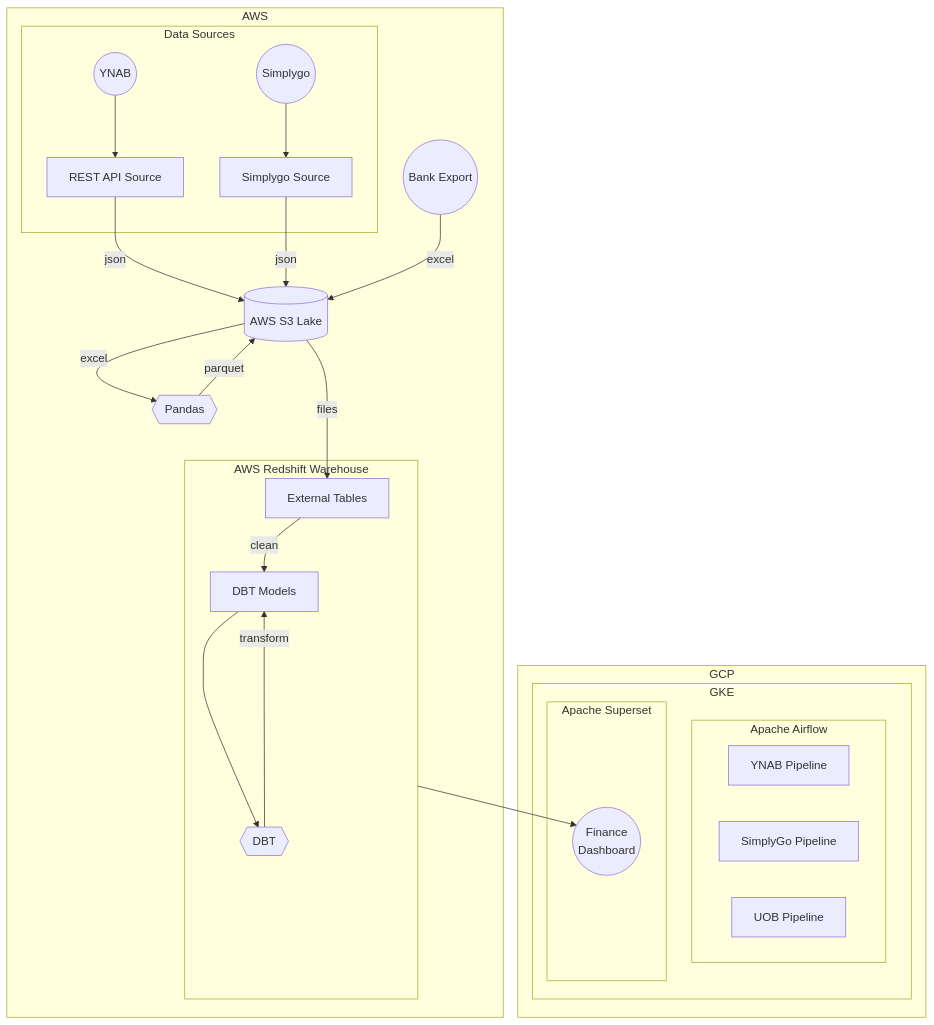
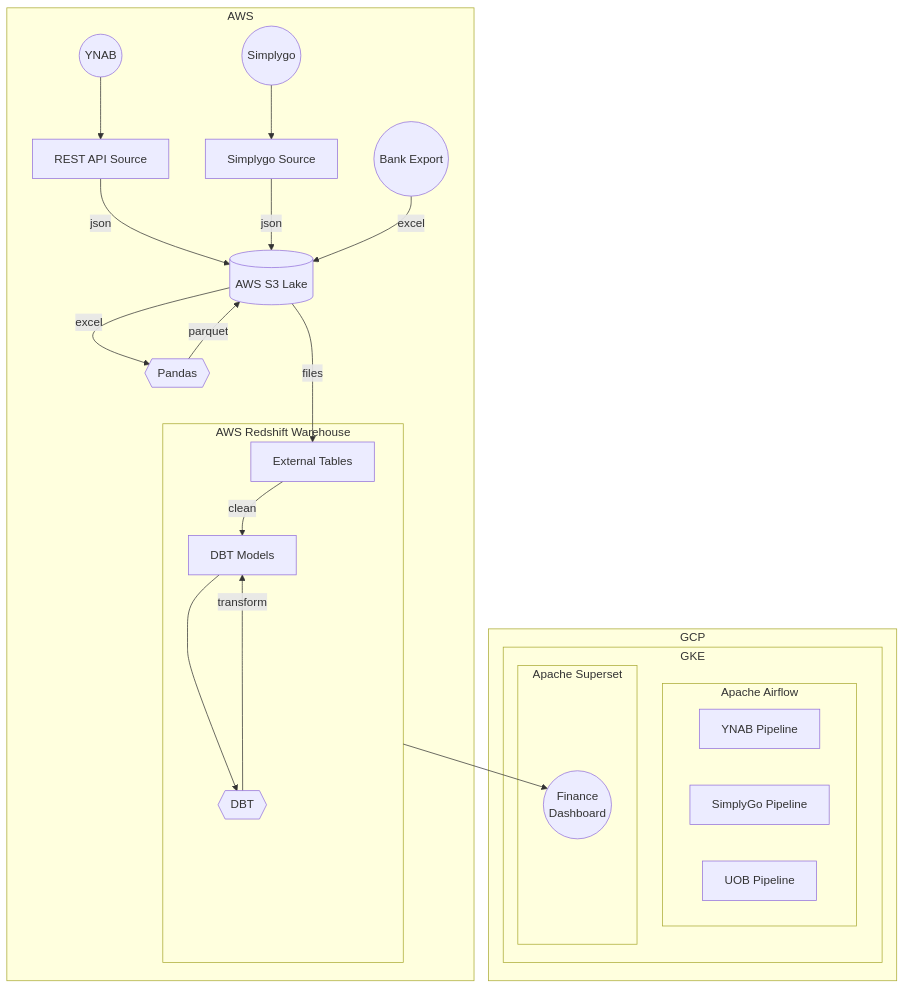
Before and after one commit to mrzzy/providence: the first of 2 diagrams in README.md, drawn with Mermaid.

Commit message:
docs(readme): remove artifical data grouping in architecture diagram

````diff
--- a/README.md
+++ b/README.md
@@ -25,31 +25,28 @@
 ```mermaid
 flowchart TB
     subgraph AWS
-        subgraph src[Data Sources]
-            ynab((YNAB)) --> rest-api[REST API Source]
-            simplygo-web((Simplygo)) --> simplygo[Simplygo Source]
-        end
+        ynab((YNAB)) --> rest-api[REST API Source]
+        simplygo-web((Simplygo)) --> simplygo[Simplygo Source]
 
-        rest-api & simplygo -->|json| lake[(AWS S3 Lake)]
-        uob((Bank Export)) -->|excel| lake --->|files| ext
-        lake -->|excel| pd{{Pandas}} -->|parquet| lake
+        rest-api & simplygo -->|json| lake[(AWS S3 Lake)] --->|files| ext
+        uob((Bank Export)) -->|excel| lake -->|excel| pd{{Pandas}} -->|parquet| lake
 
         subgraph dw[AWS Redshift Warehouse]
             ext[External Tables] -->|clean| dbt-models[DBT Models]
             dbt-models --> dbt{{DBT}} -->|transform| dbt-models
         end
     end
     dw ---> fin-dash
     subgraph GCP
         subgraph GKE
             subgraph airflow[Apache Airflow]
                 ynab-pipe[YNAB Pipeline]
                 simplygo-pipe[SimplyGo Pipeline]
                 uob-pipe[UOB Pipeline]
             end
             subgraph superset[Apache Superset]
                 fin-dash((Finance\nDashboard))
             end
         end
     end
 ```
````
